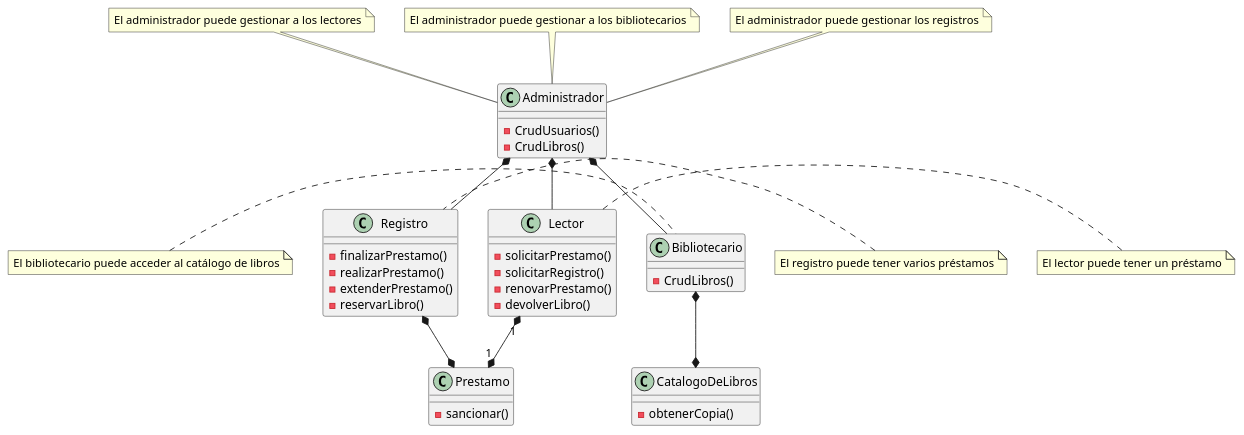
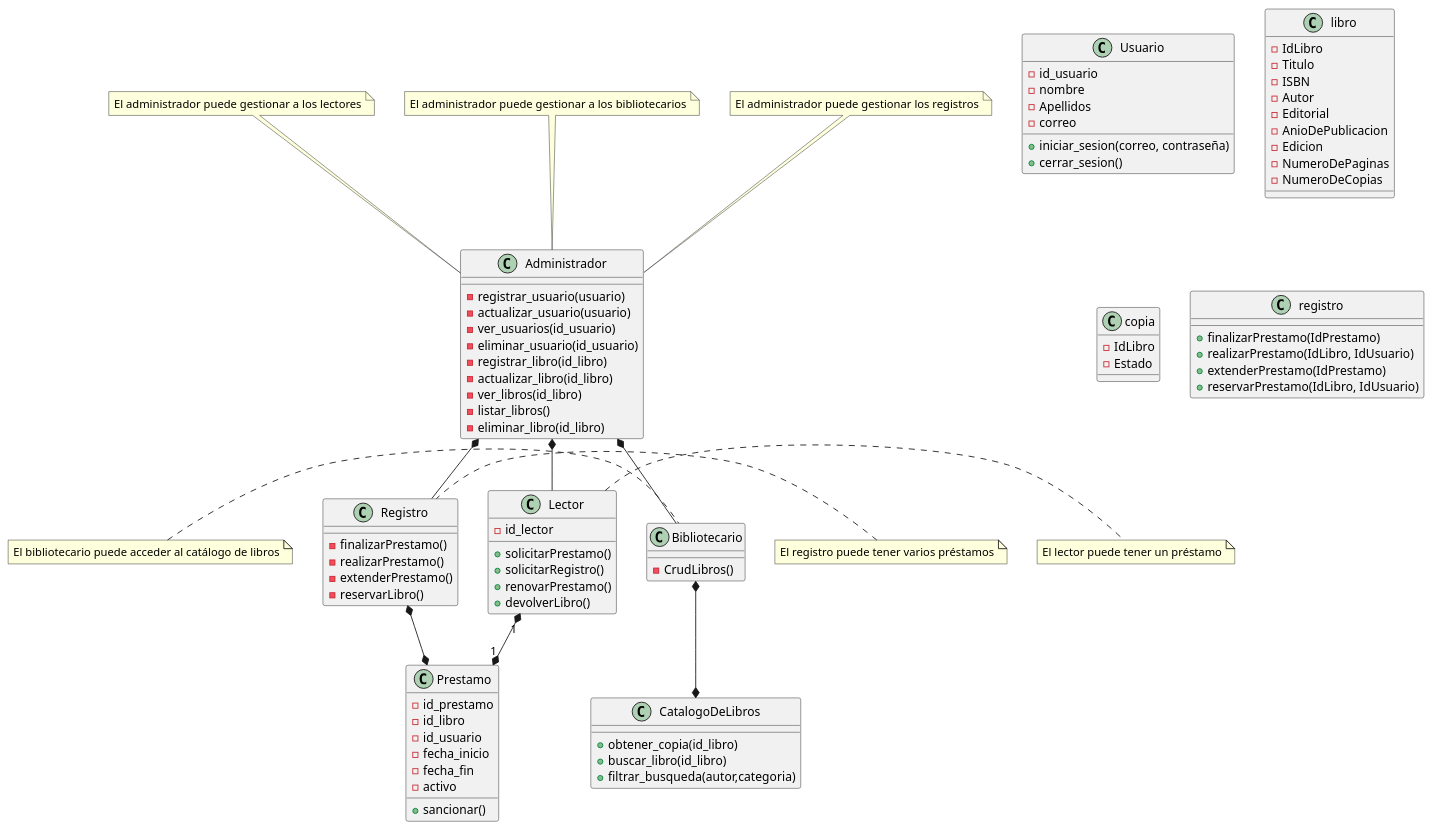
One commit to RubenE107/diagramas-de-dise-o-uml changed the diagram in ejemplo.puml. Above: the diagram before and after it, drawn with PlantUML. The commit also changed 10 other files, not shown here.

```diff
--- a/ejemplo.puml
+++ b/ejemplo.puml
@@ -1,52 +1,103 @@
 @startuml
 
 class Lector {
-  - solicitarPrestamo()
-  - solicitarRegistro()
-  - renovarPrestamo()
-  - devolverLibro()
+  -id_lector
+  
+  + solicitarPrestamo()
+  + solicitarRegistro()
+  + renovarPrestamo()
+  + devolverLibro()
 }
 
 class Administrador {
-  - CrudUsuarios()
-  - CrudLibros()
+  -registrar_usuario(usuario)
+  -actualizar_usuario(usuario)
+  -ver_usuarios(id_usuario)
+  -eliminar_usuario(id_usuario)
+  -registrar_libro(id_libro)
+  -actualizar_libro(id_libro)
+  -ver_libros(id_libro)
+  -listar_libros()
+  -eliminar_libro(id_libro)
+
 }
 
 class Bibliotecario {
   - CrudLibros()
 }
 
 class Registro {
   - finalizarPrestamo()
   - realizarPrestamo()
   - extenderPrestamo()
   - reservarLibro()
 }
 
 class CatalogoDeLibros {
-  - obtenerCopia()
+  + obtener_copia(id_libro)
+  + buscar_libro(id_libro)
+  + filtrar_busqueda(autor,categoria)
 }
 
 class Prestamo {
-  - sancionar()
+  -id_prestamo
+  -id_libro
+  -id_usuario
+  -fecha_inicio
+  -fecha_fin
+  -activo
+  
+  
+  + sancionar()
 }
+class Usuario {
+  -id_usuario
+  -nombre
+  -Apellidos
+  -correo
+  +iniciar_sesion(correo, contraseña)
+  +cerrar_sesion()
+}
+class libro{
+- IdLibro
+- Titulo
+- ISBN
+- Autor
+- Editorial
+- AnioDePublicacion
+- Edicion
+- NumeroDePaginas
+- NumeroDeCopias
+}
+class copia{
+  - IdLibro
+- Estado
 
+}
+class registro{
+  
++ finalizarPrestamo(IdPrestamo)
++ realizarPrestamo(IdLibro, IdUsuario)
++ extenderPrestamo(IdPrestamo)
++ reservarPrestamo(IdLibro, IdUsuario)
+
+}
 Lector "1" *--* "1" Prestamo
 note right of Lector: El lector puede tener un préstamo
 
 Bibliotecario *--* CatalogoDeLibros
 note left of Bibliotecario: El bibliotecario puede acceder al catálogo de libros
 
 Administrador *-- Lector
 note top of Administrador: El administrador puede gestionar a los lectores
 
 Administrador *-- Bibliotecario
 note top of Administrador: El administrador puede gestionar a los bibliotecarios
 
 Administrador *-- Registro
 note top of Administrador: El administrador puede gestionar los registros
 
 Registro *--* Prestamo
 note left of Registro: El registro puede tener varios préstamos
 
 @enduml
```
